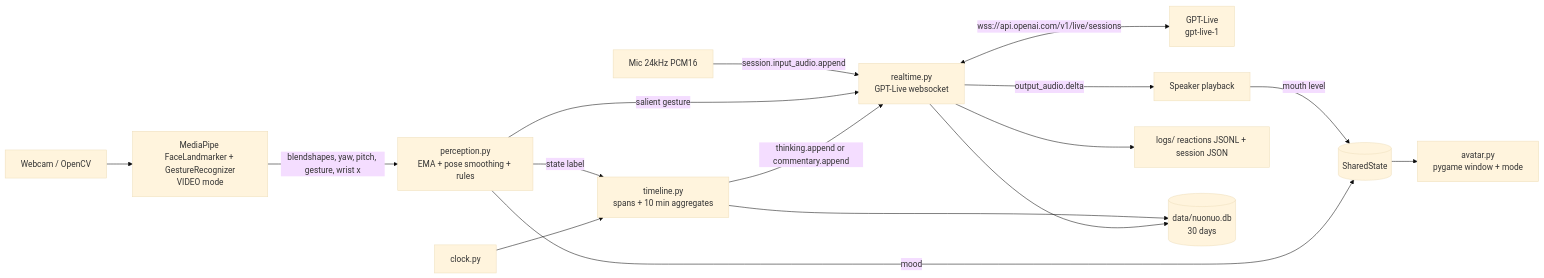
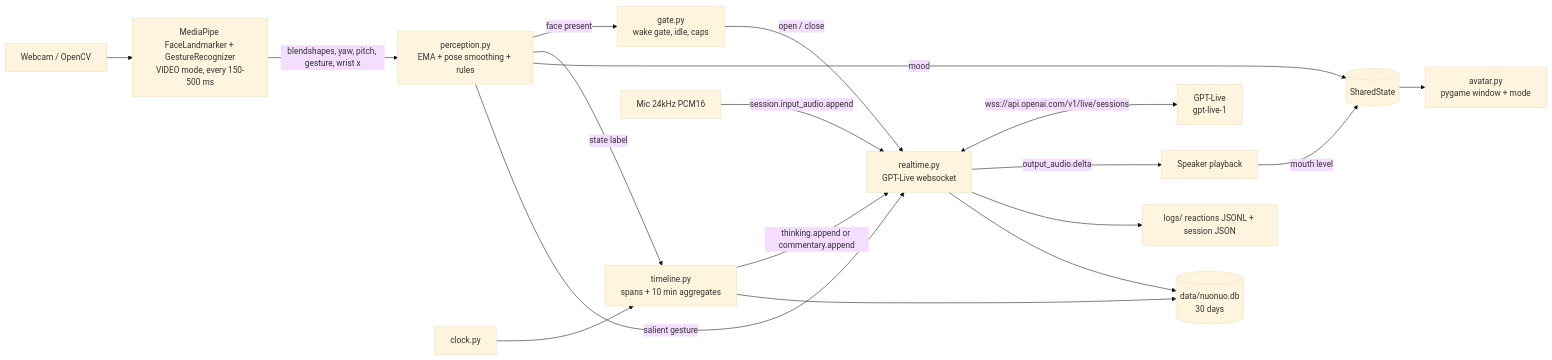
Before and after one commit to wishang06/nuonuo: the diagram in README.md, drawn with Mermaid (base theme). The commit also changed other lines of this file and 16 other files, not shown here.

````diff
--- a/README.md
+++ b/README.md
@@ -51,18 +62,20 @@
 ```mermaid
 flowchart LR
-    Cam[Webcam / OpenCV] --> MP[MediaPipe FaceLandmarker + GestureRecognizer<br/>VIDEO mode]
+    Cam[Webcam / OpenCV] --> MP[MediaPipe FaceLandmarker + GestureRecognizer<br/>VIDEO mode, every 150-500 ms]
     MP -->|blendshapes, yaw, pitch, gesture, wrist x| P[perception.py<br/>EMA + pose smoothing + rules]
+    P -->|face present| G[gate.py<br/>wake gate, idle, caps]
+    G -->|open / close| RT
     Clock[clock.py] --> TL[timeline.py<br/>spans + 10 min aggregates]
     P -->|state label| TL
     P -->|mood| S[(SharedState)]
     TL -->|thinking.append or commentary.append| RT[realtime.py<br/>GPT-Live websocket]
     P -->|salient gesture| RT
     Mic[Mic 24kHz PCM16] -->|session.input_audio.append| RT
     RT <-->|wss://api.openai.com/v1/live/sessions| OAI[GPT-Live<br/>gpt-live-1]
     RT -->|output_audio.delta| Spk[Speaker playback]
     Spk -->|mouth level| S
     S --> AV[avatar.py<br/>pygame window + mode]
     RT --> L[logs/ reactions JSONL + session JSON]
     RT --> Mem[(data/nuonuo.db<br/>30 days)]
     TL --> Mem
 ```
````
